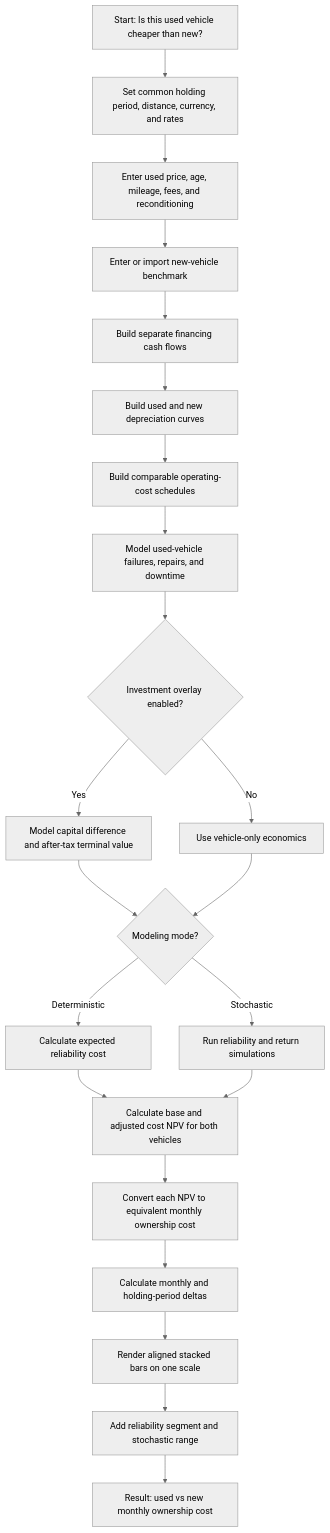
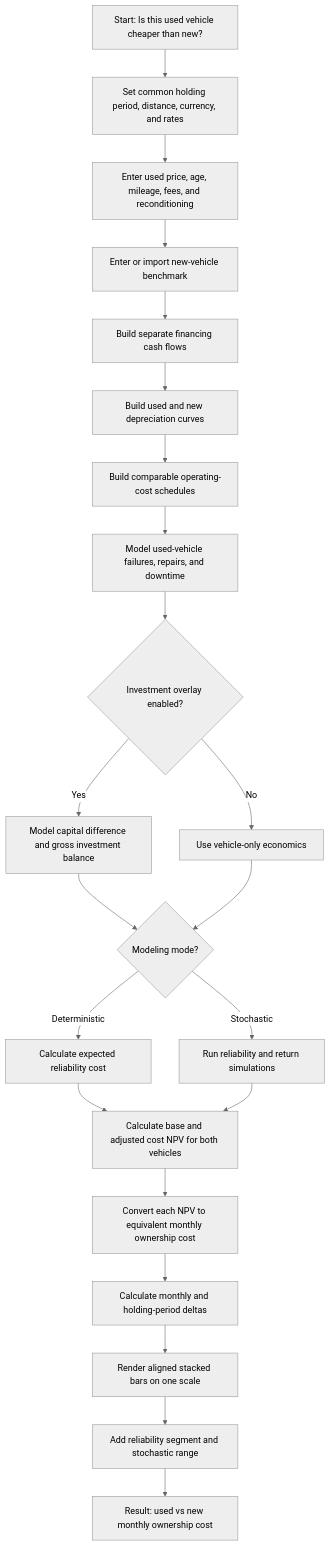
Before and after one commit to rodriguezua/cardec: the diagram in docs/diagrams/story-2b-flowchart.md, drawn with Mermaid (neutral theme). The commit also changed 5 other files, not shown here.

````diff
--- a/docs/diagrams/story-2b-flowchart.md
+++ b/docs/diagrams/story-2b-flowchart.md
@@ -5,30 +5,30 @@
 ```mermaid
 flowchart TD
   S2BA["Start: Is this used vehicle cheaper than new?"]
   S2BB["Set common holding period, distance, currency, and rates"]
   S2BC["Enter used price, age, mileage, fees, and reconditioning"]
   S2BD["Enter or import new-vehicle benchmark"]
   S2BE["Build separate financing cash flows"]
   S2BF["Build used and new depreciation curves"]
   S2BG["Build comparable operating-cost schedules"]
   S2BH["Model used-vehicle failures, repairs, and downtime"]
   S2BI{"Investment overlay enabled?"}
-  S2BJ["Model capital difference and after-tax terminal value"]
+  S2BJ["Model capital difference and gross investment balance"]
   S2BK["Use vehicle-only economics"]
   S2BL{"Modeling mode?"}
   S2BM["Calculate expected reliability cost"]
   S2BN["Run reliability and return simulations"]
   S2BO["Calculate base and adjusted cost NPV for both vehicles"]
   S2BP["Convert each NPV to equivalent monthly ownership cost"]
   S2BQ["Calculate monthly and holding-period deltas"]
   S2BR["Render aligned stacked bars on one scale"]
   S2BS["Add reliability segment and stochastic range"]
   S2BT["Result: used vs new monthly ownership cost"]
 
   S2BA --> S2BB --> S2BC --> S2BD --> S2BE --> S2BF --> S2BG --> S2BH --> S2BI
   S2BI -->|Yes| S2BJ --> S2BL
   S2BI -->|No| S2BK --> S2BL
   S2BL -->|Deterministic| S2BM --> S2BO
   S2BL -->|Stochastic| S2BN --> S2BO
   S2BO --> S2BP --> S2BQ --> S2BR --> S2BS --> S2BT
 ```
````
